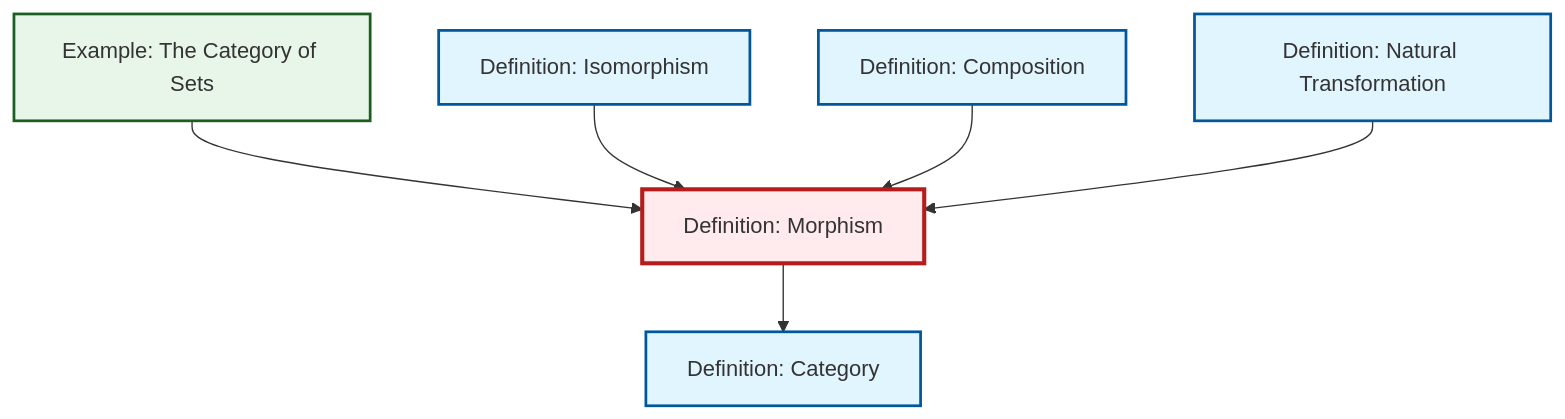
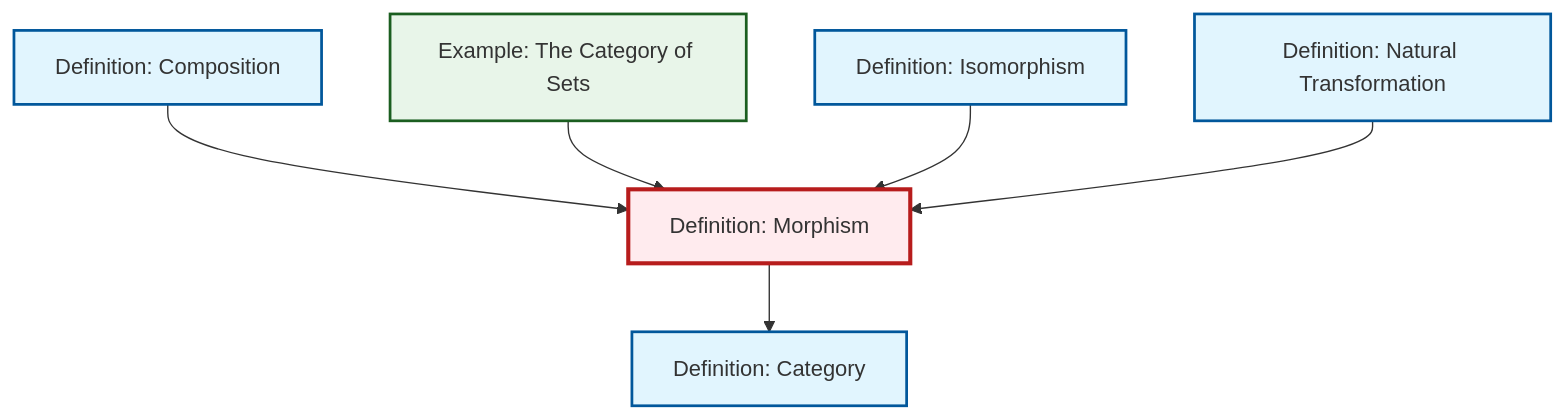
Before and after one commit to RK0429/ModernMath: the diagram in output/mermaid/def-morphism.mermaid, drawn with Mermaid. The commit also changed other lines of this file and 1250 other files, not shown here.

```diff
--- a/output/mermaid/def-morphism.mermaid
+++ b/output/mermaid/def-morphism.mermaid
@@ -1,19 +1,19 @@
 %%| fig-cap: "Local dependency graph"
 graph TD
     classDef definition fill:#e1f5fe,stroke:#01579b,stroke-width:2px
     classDef theorem fill:#f3e5f5,stroke:#4a148c,stroke-width:2px
     classDef axiom fill:#fff3e0,stroke:#e65100,stroke-width:2px
     classDef example fill:#e8f5e9,stroke:#1b5e20,stroke-width:2px
     classDef current fill:#ffebee,stroke:#b71c1c,stroke-width:3px
+    def-morphism["Definition: Morphism"]:::definition
+    def-composition["Definition: Composition"]:::definition
     ex-set-category["Example: The Category of Sets"]:::example
     def-isomorphism["Definition: Isomorphism"]:::definition
     def-natural-transformation["Definition: Natural Transformation"]:::definition
     def-category["Definition: Category"]:::definition
-    def-composition["Definition: Composition"]:::definition
-    def-morphism["Definition: Morphism"]:::definition
+    def-composition --> def-morphism
     ex-set-category --> def-morphism
+    def-isomorphism --> def-morphism
+    def-natural-transformation --> def-morphism
     def-morphism --> def-category
-    def-isomorphism --> def-morphism
-    def-composition --> def-morphism
-    def-natural-transformation --> def-morphism
     class def-morphism current
```
